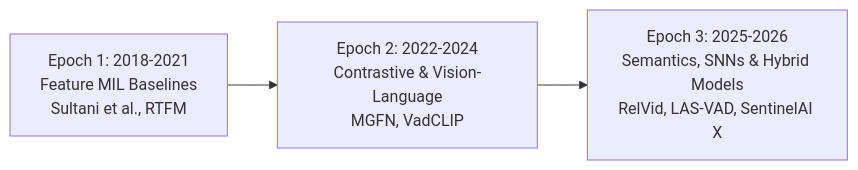
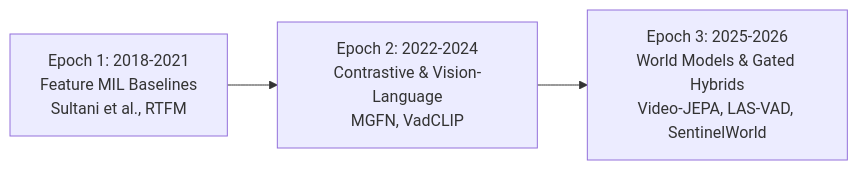
One commit to kirancube/SentinelAIX changed the ninth of 13 diagrams in README.md. Above: the diagram before and after it, drawn with Mermaid. The commit also changed other lines of this file and 6 other files, not shown here.

Commit message:
feat(world-model): implement SLWM spatiotemporal world model, multi-dataset benchmarks, and SentinelWorld-VAD hybrid architecture

````diff
--- a/README.md
+++ b/README.md
@@ -313,5 +372,5 @@
 ```mermaid
 flowchart LR
     E1["Epoch 1: 2018-2021<br/>Feature MIL Baselines<br/>Sultani et al., RTFM"] --> E2["Epoch 2: 2022-2024<br/>Contrastive & Vision-Language<br/>MGFN, VadCLIP"]
-    E2 --> E3["Epoch 3: 2025-2026<br/>Semantics, SNNs & Hybrid Models<br/>RelVid, LAS-VAD, SentinelAI X"]
+    E2 --> E3["Epoch 3: 2025-2026<br/>World Models & Gated Hybrids<br/>Video-JEPA, LAS-VAD, SentinelWorld"]
 ```
````
